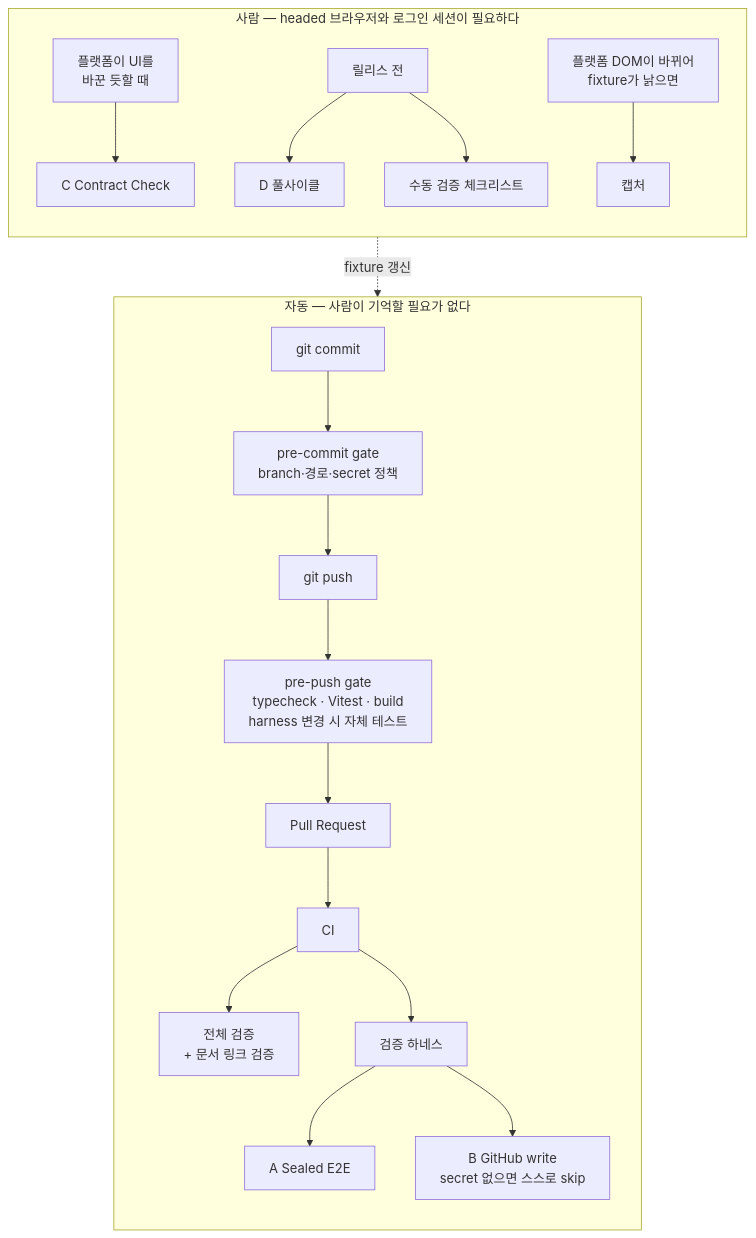
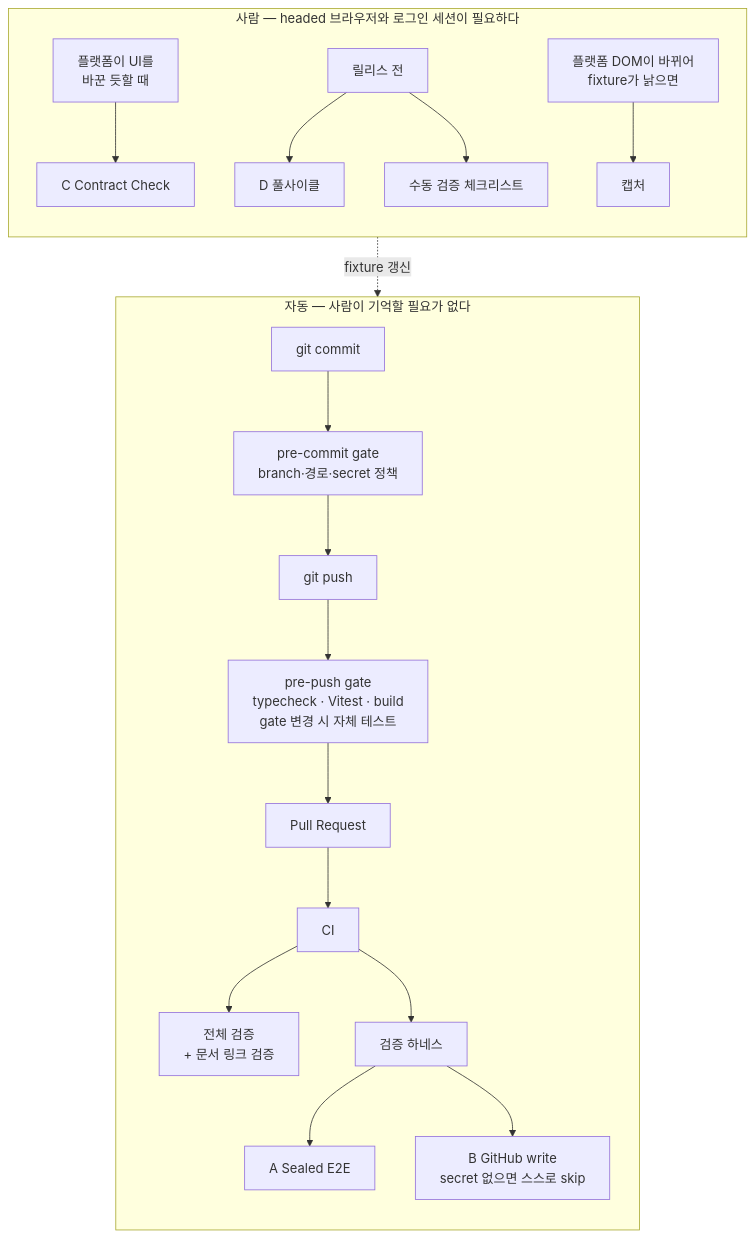
One commit to zaehorang/SolveSync changed the third of 3 diagrams in docs/ARCHITECTURE.md. Above: the diagram before and after it, drawn with Mermaid. The commit also changed 32 other files, not shown here.

````diff
--- a/docs/ARCHITECTURE.md
+++ b/docs/ARCHITECTURE.md
@@ -426,21 +426,21 @@
 ```mermaid
 flowchart TB
   subgraph AUTO["자동 — 사람이 기억할 필요가 없다"]
     direction TB
     commit["git commit"] --> gate["pre-commit gate<br/>branch·경로·secret 정책"]
-    gate --> push["git push"] --> verify["pre-push gate<br/>typecheck · Vitest · build<br/>harness 변경 시 자체 테스트"]
+    gate --> push["git push"] --> verify["pre-push gate<br/>typecheck · Vitest · build<br/>gate 변경 시 자체 테스트"]
     verify --> pr["Pull Request"] --> ci["CI"]
     ci --> job1["전체 검증<br/>+ 문서 링크 검증"]
     ci --> job2["검증 하네스"]
     job2 --> A["A Sealed E2E"]
     job2 --> B["B GitHub write<br/>secret 없으면 스스로 skip"]
   end
   subgraph HUMAN["사람 — headed 브라우저와 로그인 세션이 필요하다"]
     direction TB
     ui["플랫폼이 UI를<br/>바꾼 듯할 때"] --> C["C Contract Check"]
     rel["릴리스 전"] --> D["D 풀사이클"]
     rel --> M["수동 검증 체크리스트"]
     dom["플랫폼 DOM이 바뀌어<br/>fixture가 낡으면"] --> cap["캡처"]
   end
   cap -.->|"fixture 갱신"| A
 ```
````
